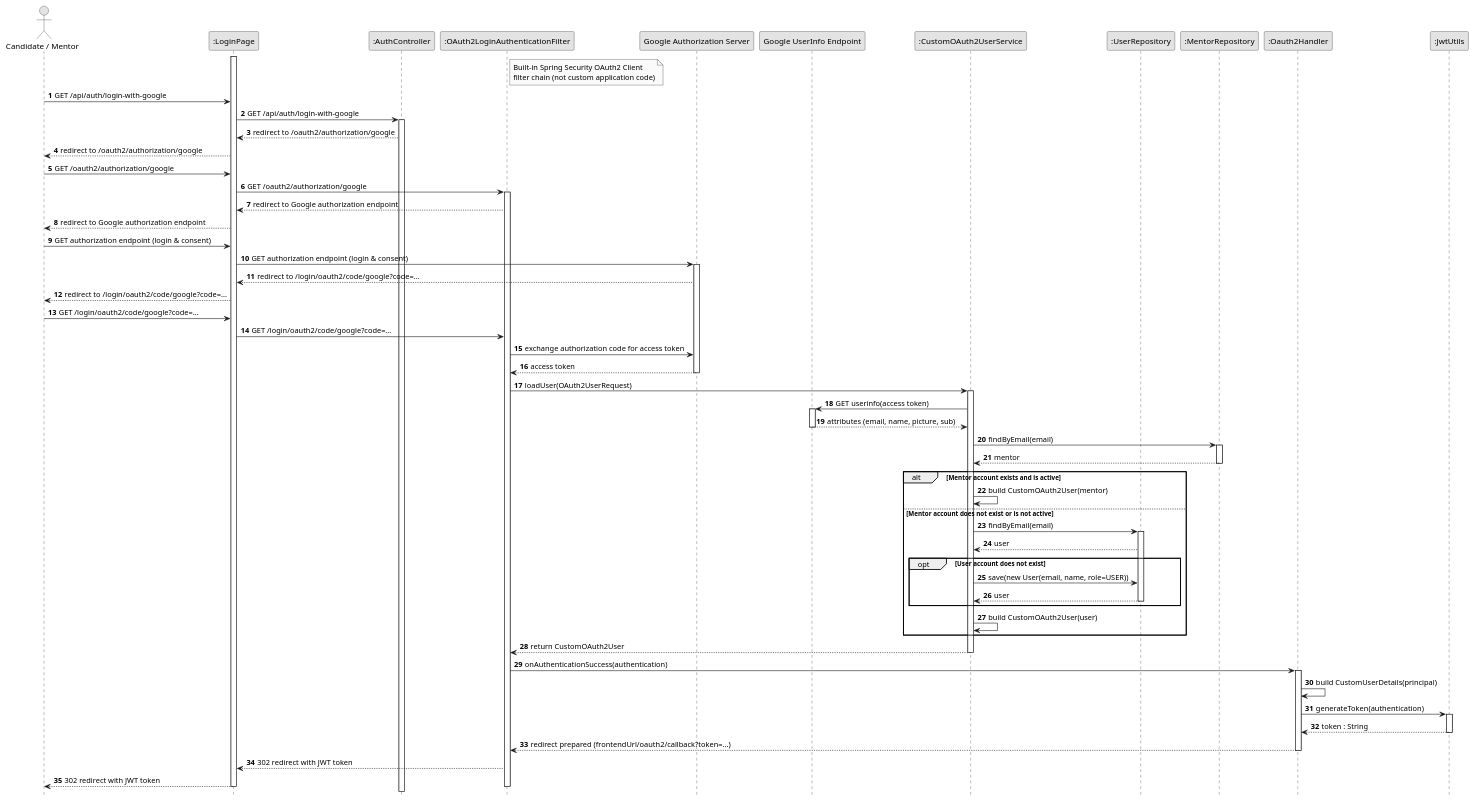
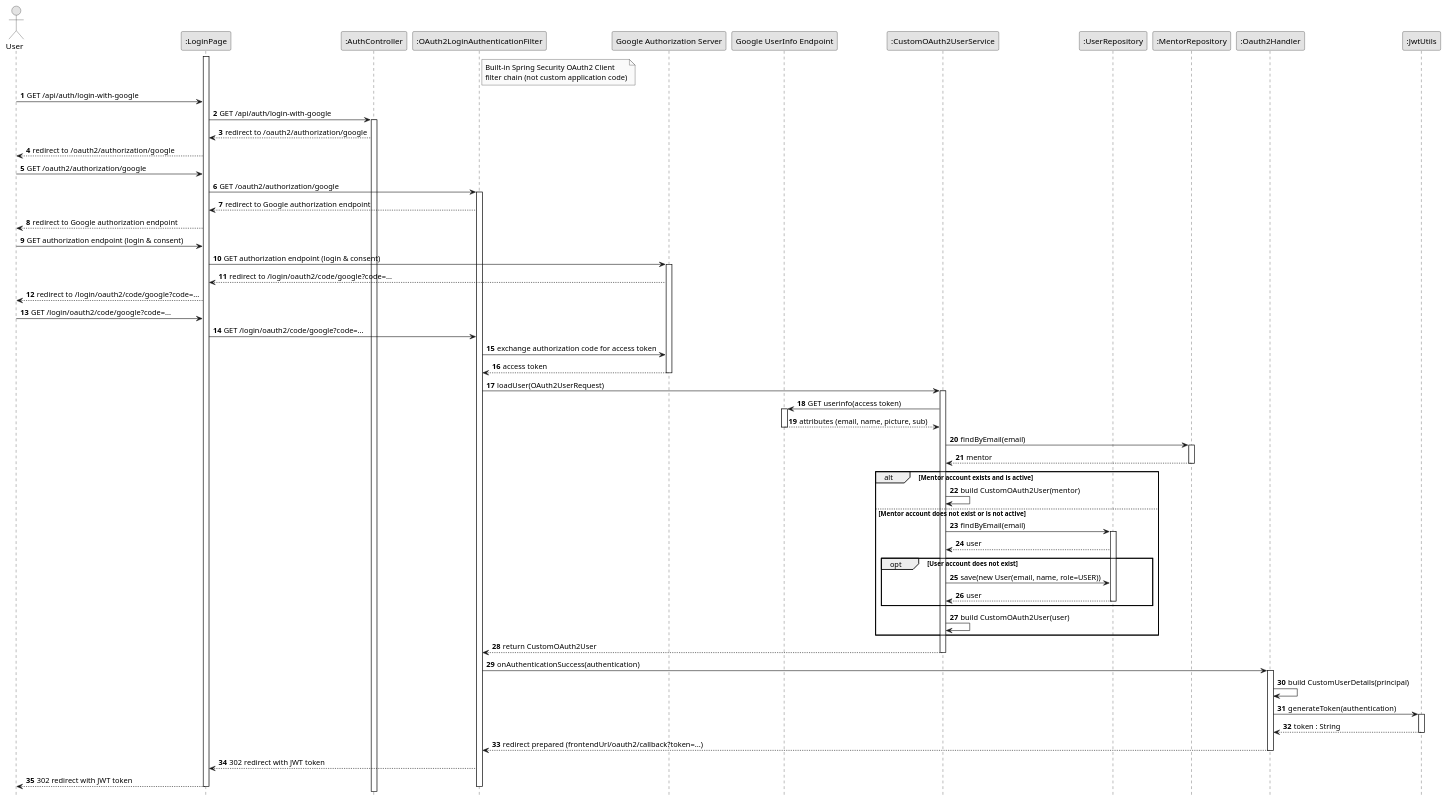
Before and after one commit to Kdz198/Inblue: the diagram in diagram/sequence/sequence-3.1.2.2.puml, drawn with PlantUML. The commit also changed 7 other files, not shown here.

Commit message:
feat: rename "Candidate / Mentor" to "User" in sequence diagrams for clarity

```diff
--- a/diagram/sequence/sequence-3.1.2.2.puml
+++ b/diagram/sequence/sequence-3.1.2.2.puml
@@ -1,113 +1,113 @@
 @startuml GoogleOAuth2Login
 skinparam monochrome true
 skinparam shadowing false
 
 ' Do not repeat participant boxes at the bottom of the diagram
 hide footbox
 
 <style>
 sequenceDiagram {
   groupHeader {
     FontStyle plain
   }
 }
 </style>
 
 autonumber
 
-actor "Candidate / Mentor" as User
+actor "User" as User
 participant ":LoginPage" as Client
 participant ":AuthController" as Controller
 participant ":OAuth2LoginAuthenticationFilter" as OAuthFilter
 participant "Google Authorization Server" as GoogleAuth
 participant "Google UserInfo Endpoint" as GoogleUserInfo
 participant ":CustomOAuth2UserService" as OAuthService
 participant ":UserRepository" as UserRepo
 participant ":MentorRepository" as MentorRepo
 participant ":Oauth2Handler" as Handler
 participant ":JwtUtils" as Jwt
 
 note right of OAuthFilter
   Built-in Spring Security OAuth2 Client
   filter chain (not custom application code)
 end note
 
 activate Client
 
 User -> Client : GET /api/auth/login-with-google
 Client -> Controller : GET /api/auth/login-with-google
 activate Controller
 Controller --> Client : redirect to /oauth2/authorization/google
 Client --> User : redirect to /oauth2/authorization/google
 
 User -> Client : GET /oauth2/authorization/google
 Client -> OAuthFilter : GET /oauth2/authorization/google
 activate OAuthFilter
 OAuthFilter --> Client : redirect to Google authorization endpoint
 Client --> User : redirect to Google authorization endpoint
 
 User -> Client : GET authorization endpoint (login & consent)
 Client -> GoogleAuth : GET authorization endpoint (login & consent)
 activate GoogleAuth
 GoogleAuth --> Client : redirect to /login/oauth2/code/google?code=...
 Client --> User : redirect to /login/oauth2/code/google?code=...
 
 User -> Client : GET /login/oauth2/code/google?code=...
 Client -> OAuthFilter : GET /login/oauth2/code/google?code=...
 
 OAuthFilter -> GoogleAuth : exchange authorization code for access token
 GoogleAuth --> OAuthFilter : access token
 deactivate GoogleAuth
 
 OAuthFilter -> OAuthService : loadUser(OAuth2UserRequest)
 activate OAuthService
 
 OAuthService -> GoogleUserInfo : GET userinfo(access token)
 activate GoogleUserInfo
 GoogleUserInfo --> OAuthService : attributes (email, name, picture, sub)
 deactivate GoogleUserInfo
 
 OAuthService -> MentorRepo : findByEmail(email)
 activate MentorRepo
 MentorRepo --> OAuthService : mentor
 deactivate MentorRepo
 
 alt Mentor account exists and is active
     OAuthService -> OAuthService : build CustomOAuth2User(mentor)
 else Mentor account does not exist or is not active
     OAuthService -> UserRepo : findByEmail(email)
     activate UserRepo
     UserRepo --> OAuthService : user
 
     opt User account does not exist
         OAuthService -> UserRepo : save(new User(email, name, role=USER))
         UserRepo --> OAuthService : user
         deactivate UserRepo
     end
 
     OAuthService -> OAuthService : build CustomOAuth2User(user)
 end
 
 OAuthService --> OAuthFilter : return CustomOAuth2User
 deactivate OAuthService
 
 OAuthFilter -> Handler : onAuthenticationSuccess(authentication)
 activate Handler
 
 Handler -> Handler : build CustomUserDetails(principal)
 
 Handler -> Jwt : generateToken(authentication)
 activate Jwt
 Jwt --> Handler : token : String
 deactivate Jwt
 
 Handler --> OAuthFilter : redirect prepared (frontendUrl/oauth2/callback?token=...)
 deactivate Handler
 
 OAuthFilter --> Client : 302 redirect with JWT token
 Client --> User : 302 redirect with JWT token
 deactivate OAuthFilter
 
 deactivate Client
 
 @enduml
```
